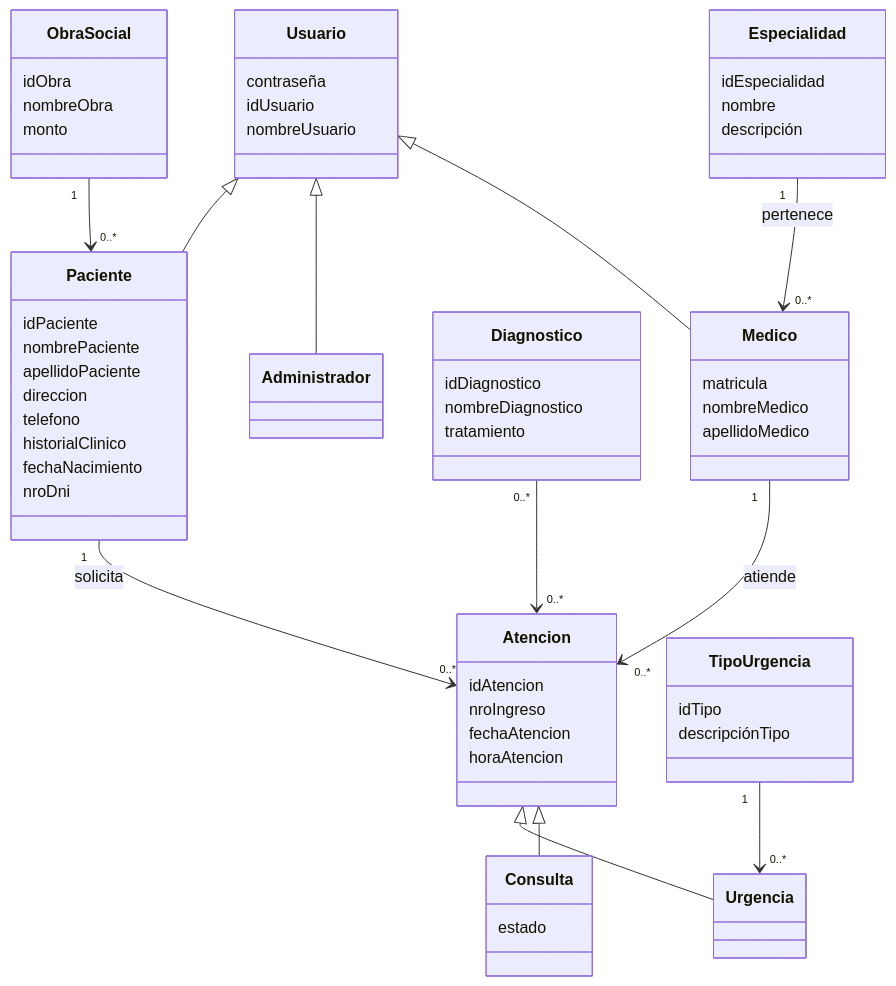
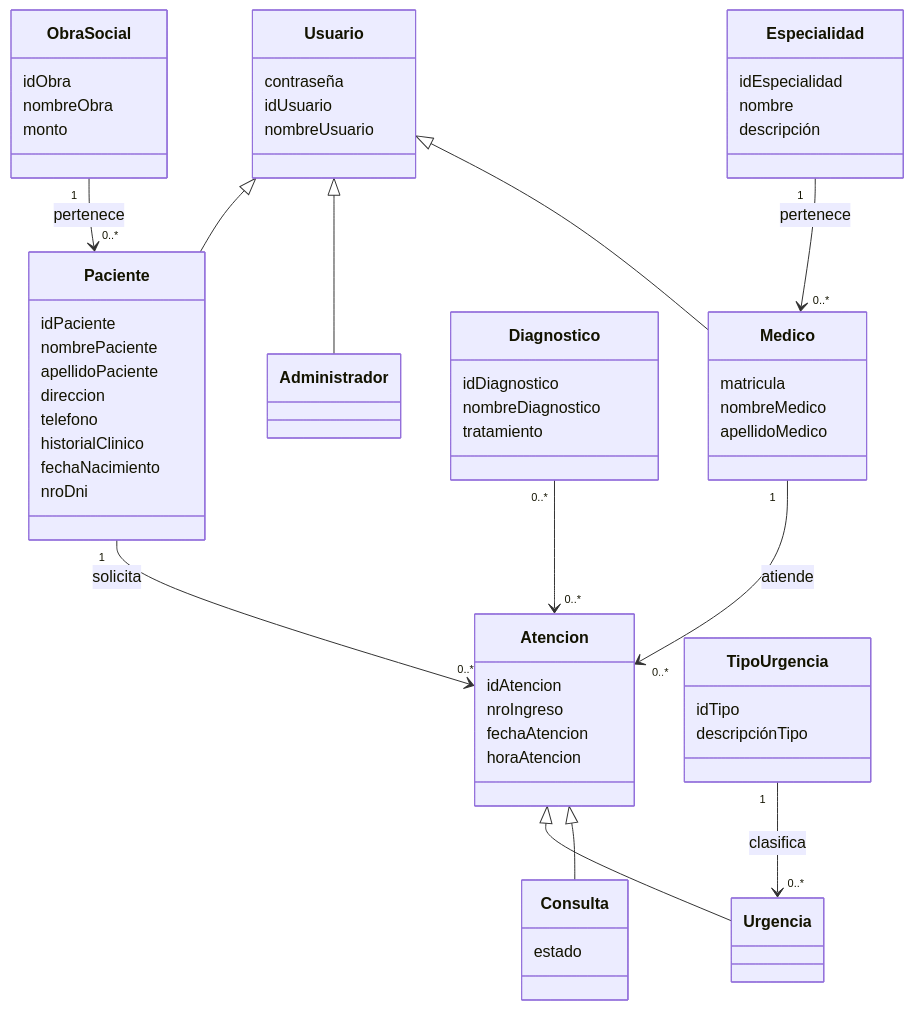
The diagram in proposal.md (MayraZapata/TP-DSW-Garcia-Paulucci-Zapata), drawn with Mermaid before and after one commit.

````diff
--- a/proposal.md
+++ b/proposal.md
@@ -19,76 +19,77 @@
 ```mermaid
 classDiagram
 class Paciente {
   idPaciente
   nombrePaciente
   apellidoPaciente
   direccion
   telefono
   historialClinico
   fechaNacimiento
   nroDni
 }
 
 class Medico {
   matricula
   nombreMedico
   apellidoMedico
 }
 
 class Especialidad {
   idEspecialidad
   nombre
   descripción
 }
 
 class Atencion {
   idAtencion
   nroIngreso
   fechaAtencion
   horaAtencion
 }
 
 class Consulta {
   estado
 }
 
 class Urgencia {}
 
 class TipoUrgencia {
   idTipo
   descripciónTipo
 }
 
 class Diagnostico {
   idDiagnostico
   nombreDiagnostico
   tratamiento
 }
 
 class ObraSocial {
   idObra
   nombreObra
   monto
 }
 
 class Usuario {
   contraseña
   idUsuario
   nombreUsuario
 }
 
 class Administrador {}
 
 Usuario <|-- Paciente
 Usuario <|-- Administrador
 Usuario <|-- Medico
-ObraSocial "1" --> "0..*" Paciente
+ObraSocial "1" --> "0..*" Paciente : pertenece
 Paciente "1" --> "0..*" Atencion : solicita
 Medico "1" --> "0..*" Atencion : atiende
-Diagnostico "0..*" --> "0..*" Atencion  
+Diagnostico "0..*" --> "0..*" Atencion 
 Especialidad "1" --> "0..*" Medico : pertenece
+TipoUrgencia "1" --> "0..*" Urgencia : clasifica
 Atencion <|-- Urgencia
 Atencion <|-- Consulta
-TipoUrgencia "1" --> "0..*" Urgencia
+
 
 ```
````
